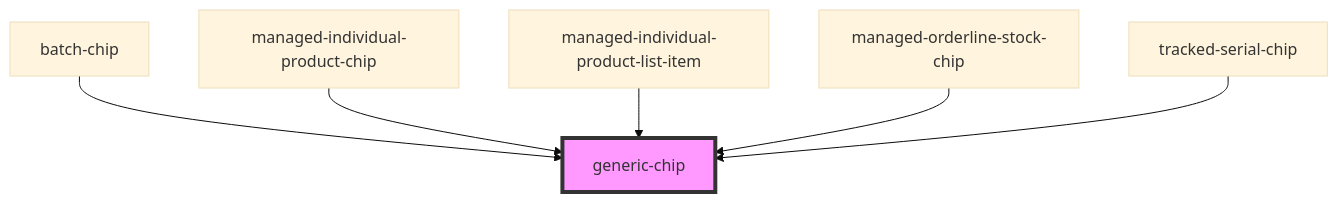
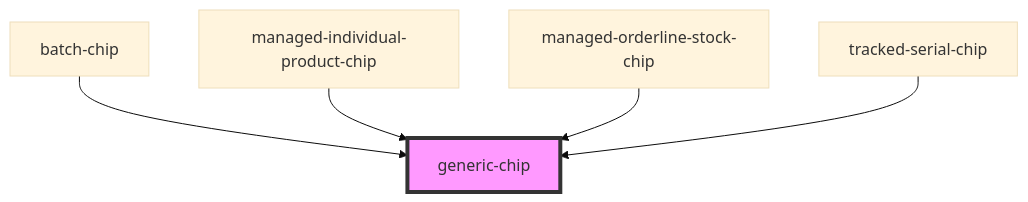
The diagram in pdm-web-components/src/components/generic-chip/readme.md (PharmaLedger-IMI/fgt-workspace), drawn with Mermaid (base theme) before and after one commit. The commit also changed other lines of this file and 6 other files, not shown here.

Commit message:
refs #51 minor fix and individual product now implements pdm item organizer

````diff
--- a/pdm-web-components/src/components/generic-chip/readme.md
+++ b/pdm-web-components/src/components/generic-chip/readme.md
@@ -36,9 +35,8 @@
 ```mermaid
 graph TD;
   batch-chip --> generic-chip
   managed-individual-product-chip --> generic-chip
-  managed-individual-product-list-item --> generic-chip
   managed-orderline-stock-chip --> generic-chip
   tracked-serial-chip --> generic-chip
   style generic-chip fill:#f9f,stroke:#333,stroke-width:4px
 ```
````
